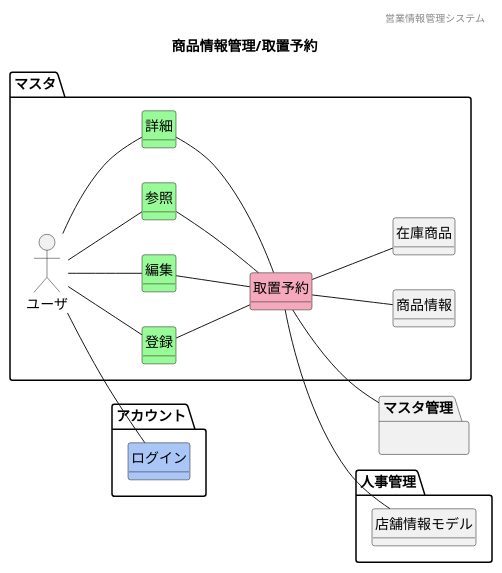
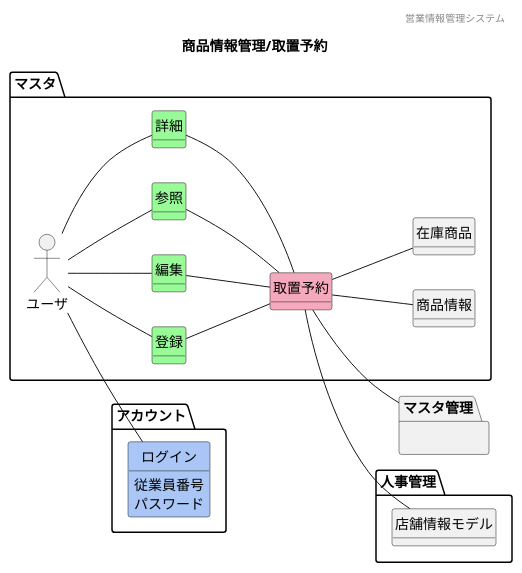
Before and after one commit to HaruShim/Sotuken: the diagram in 各種設計書/1ドメインモデル図/商品情報管理/F09取置予約.plantuml, drawn with PlantUML. The commit also changed 13 other files, not shown here.

```diff
--- a/各種設計書/1ドメインモデル図/商品情報管理/F09取置予約.plantuml
+++ b/各種設計書/1ドメインモデル図/商品情報管理/F09取置予約.plantuml
@@ -1,57 +1,67 @@
 @startuml images/商品情報管理/取置予約
 ' ヘッダー
 header 営業情報管理システム
 ' タイトル
 title 商品情報管理/取置予約
 ' 
 hide circle
 ' 
 hide method
 left to right direction
 
 package "アカウント"{
     class "ログイン" #A9C6F6
 }
 
 package "マスタ" {
     'ユーザや外部システム
     mix_actor "ユーザ"
     class "登録" #98fb98
     class "編集" #98fb98
     class "参照" #98fb98
     class "詳細" #98fb98
     class "取置予約" #F5A9BC
     class "商品情報" 
     class "在庫商品" 
 }
     package 人事管理{
         class "店舗情報モデル" 
     }
     package "マスタ管理"{
         }
 
 
     ' class "" #F5A9BC
     ' class "" #ffd700
 
     'モデル同士の関係
     ユーザ -- 参照
     ユーザ -- 登録
     ユーザ -- 編集
     ユーザ -- 詳細
     ユーザ -- ログイン
     参照 -- 取置予約
     登録 -- 取置予約
     編集 -- 取置予約
     詳細 -- 取置予約
     取置予約 -- 商品情報
     取置予約-- 在庫商品
     取置予約 -down- 店舗情報モデル
     取置予約-down- マスタ管理
 
     'ドメインクラスの属性
+    ' 在庫商品と取置予約のフィードがない
+    ' 商品情報 : 型番
+    ' 商品情報 : 商品コード
+    ' 商品情報 : JANコード
+    ' 商品情報 : 商品画像
+    ' 商品情報 : 在庫場所
+    ' 商品情報 : カテゴリ
+    ' 商品情報 : 仕入価格
+    ログイン : 従業員番号
+    ログイン : パスワード
 
 
 
 
 @enduml
```
